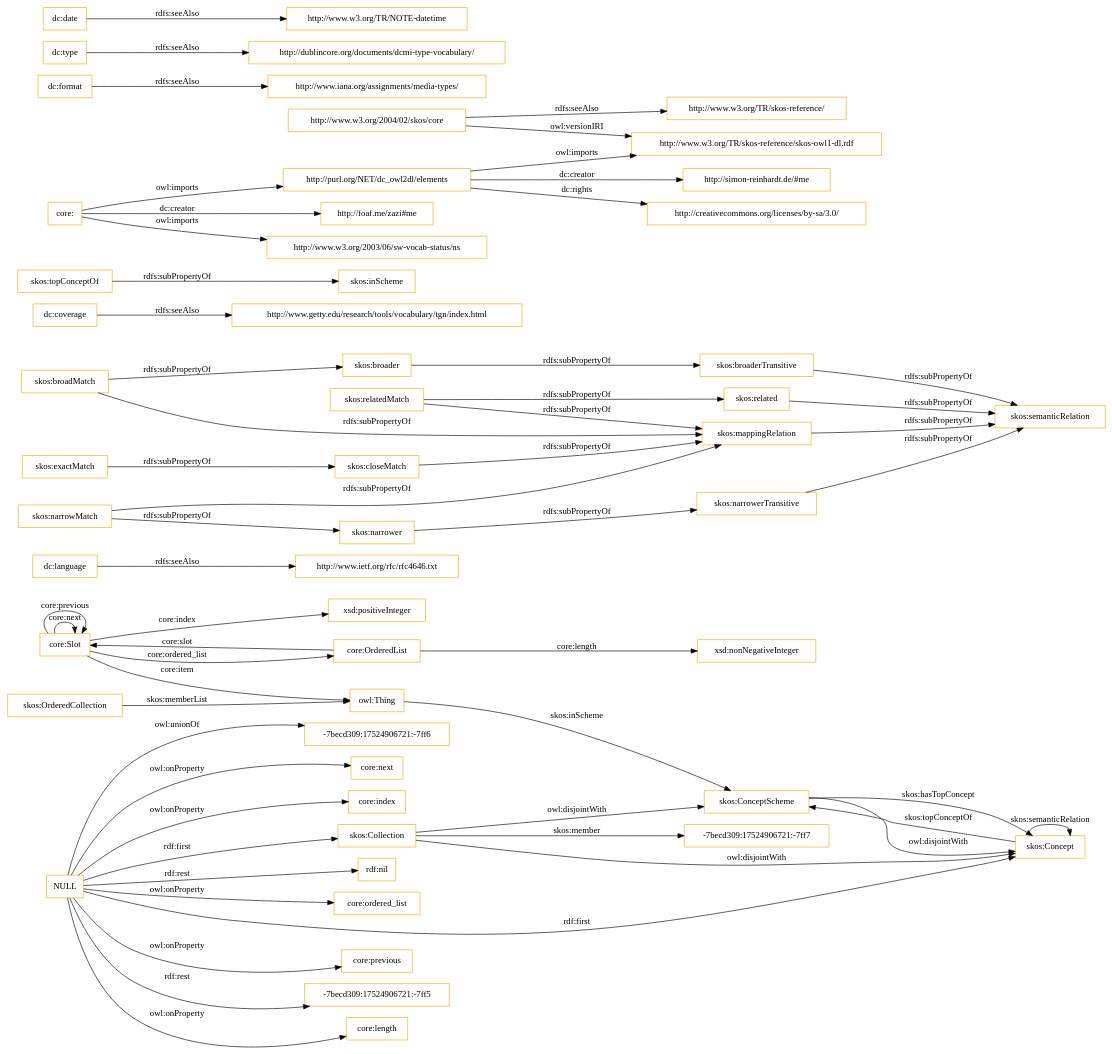
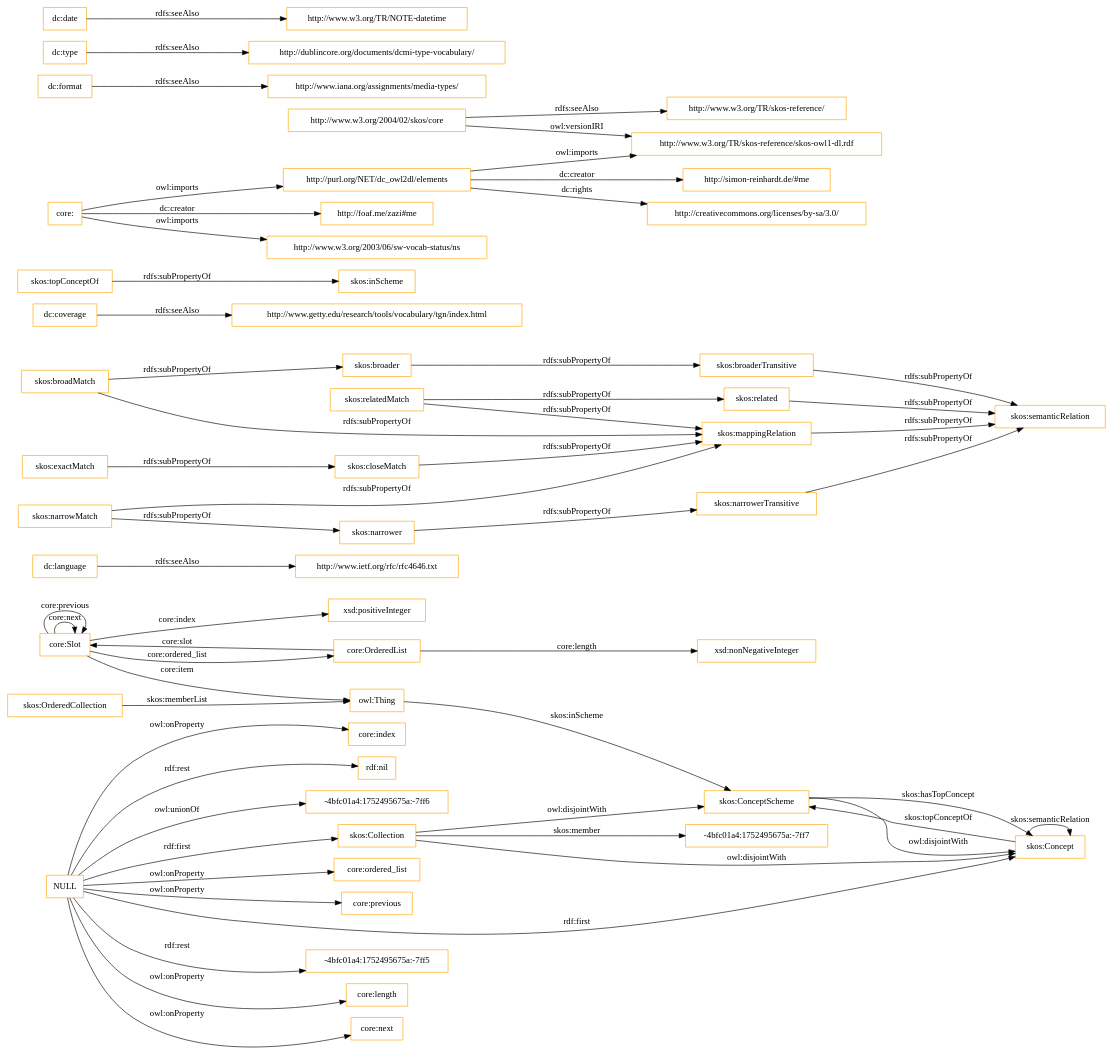
Before and after one commit to OnToologyUser/core-ontology-1: the diagram in OnToology/imports/core.owl/diagrams/ar2dtool-class/core.owl.png.dot, drawn with Graphviz. The commit also changed 14 other files, not shown here.

```diff
--- a/OnToology/imports/core.owl/diagrams/ar2dtool-class/core.owl.png.dot
+++ b/OnToology/imports/core.owl/diagrams/ar2dtool-class/core.owl.png.dot
@@ -1,60 +1,60 @@
 digraph ar2dtool_diagram { 
 rankdir=LR;
 size="1501"
-node [shape = rectangle, color="orange"]; "core:Slot" "core:OrderedList" "-7becd309:17524906721:-7ff7" "skos:OrderedCollection" "skos:Collection" "skos:ConceptScheme" "skos:Concept" ; /*classes style*/
+node [shape = rectangle, color="orange"]; "core:Slot" "core:OrderedList" "-4bfc01a4:1752495675a:-7ff7" "skos:OrderedCollection" "skos:Collection" "skos:ConceptScheme" "skos:Concept" ; /*classes style*/
 	"dc:language" -> "http://www.ietf.org/rfc/rfc4646.txt" [ label = "rdfs:seeAlso" ];
-	"NULL" -> "core:previous" [ label = "owl:onProperty" ];
-	"NULL" -> "-7becd309:17524906721:-7ff5" [ label = "rdf:rest" ];
+	"NULL" -> "-4bfc01a4:1752495675a:-7ff5" [ label = "rdf:rest" ];
 	"NULL" -> "core:length" [ label = "owl:onProperty" ];
-	"NULL" -> "-7becd309:17524906721:-7ff6" [ label = "owl:unionOf" ];
 	"NULL" -> "skos:Concept" [ label = "rdf:first" ];
 	"NULL" -> "core:next" [ label = "owl:onProperty" ];
 	"NULL" -> "core:index" [ label = "owl:onProperty" ];
 	"NULL" -> "rdf:nil" [ label = "rdf:rest" ];
+	"NULL" -> "-4bfc01a4:1752495675a:-7ff6" [ label = "owl:unionOf" ];
 	"NULL" -> "core:ordered_list" [ label = "owl:onProperty" ];
 	"NULL" -> "skos:Collection" [ label = "rdf:first" ];
+	"NULL" -> "core:previous" [ label = "owl:onProperty" ];
 	"skos:closeMatch" -> "skos:mappingRelation" [ label = "rdfs:subPropertyOf" ];
 	"dc:coverage" -> "http://www.getty.edu/research/tools/vocabulary/tgn/index.html" [ label = "rdfs:seeAlso" ];
 	"skos:relatedMatch" -> "skos:related" [ label = "rdfs:subPropertyOf" ];
 	"skos:relatedMatch" -> "skos:mappingRelation" [ label = "rdfs:subPropertyOf" ];
 	"skos:ConceptScheme" -> "skos:Concept" [ label = "owl:disjointWith" ];
 	"skos:related" -> "skos:semanticRelation" [ label = "rdfs:subPropertyOf" ];
 	"skos:topConceptOf" -> "skos:inScheme" [ label = "rdfs:subPropertyOf" ];
 	"skos:broadMatch" -> "skos:broader" [ label = "rdfs:subPropertyOf" ];
 	"skos:broadMatch" -> "skos:mappingRelation" [ label = "rdfs:subPropertyOf" ];
 	"http://purl.org/NET/dc_owl2dl/elements" -> "http://www.w3.org/TR/skos-reference/skos-owl1-dl.rdf" [ label = "owl:imports" ];
 	"http://purl.org/NET/dc_owl2dl/elements" -> "http://creativecommons.org/licenses/by-sa/3.0/" [ label = "dc:rights" ];
 	"http://purl.org/NET/dc_owl2dl/elements" -> "http://simon-reinhardt.de/#me" [ label = "dc:creator" ];
 	"skos:exactMatch" -> "skos:closeMatch" [ label = "rdfs:subPropertyOf" ];
 	"dc:format" -> "http://www.iana.org/assignments/media-types/" [ label = "rdfs:seeAlso" ];
 	"core:" -> "http://foaf.me/zazi#me" [ label = "dc:creator" ];
 	"core:" -> "http://www.w3.org/2003/06/sw-vocab-status/ns" [ label = "owl:imports" ];
 	"core:" -> "http://purl.org/NET/dc_owl2dl/elements" [ label = "owl:imports" ];
 	"skos:broaderTransitive" -> "skos:semanticRelation" [ label = "rdfs:subPropertyOf" ];
 	"skos:mappingRelation" -> "skos:semanticRelation" [ label = "rdfs:subPropertyOf" ];
 	"skos:broader" -> "skos:broaderTransitive" [ label = "rdfs:subPropertyOf" ];
 	"dc:type" -> "http://dublincore.org/documents/dcmi-type-vocabulary/" [ label = "rdfs:seeAlso" ];
 	"http://www.w3.org/2004/02/skos/core" -> "http://www.w3.org/TR/skos-reference/skos-owl1-dl.rdf" [ label = "owl:versionIRI" ];
 	"http://www.w3.org/2004/02/skos/core" -> "http://www.w3.org/TR/skos-reference/" [ label = "rdfs:seeAlso" ];
 	"skos:Collection" -> "skos:ConceptScheme" [ label = "owl:disjointWith" ];
 	"skos:Collection" -> "skos:Concept" [ label = "owl:disjointWith" ];
 	"skos:narrowMatch" -> "skos:narrower" [ label = "rdfs:subPropertyOf" ];
 	"skos:narrowMatch" -> "skos:mappingRelation" [ label = "rdfs:subPropertyOf" ];
 	"skos:narrower" -> "skos:narrowerTransitive" [ label = "rdfs:subPropertyOf" ];
 	"dc:date" -> "http://www.w3.org/TR/NOTE-datetime" [ label = "rdfs:seeAlso" ];
 	"skos:narrowerTransitive" -> "skos:semanticRelation" [ label = "rdfs:subPropertyOf" ];
 	"core:Slot" -> "xsd:positiveInteger" [ label = "core:index" ];
 	"skos:Concept" -> "skos:ConceptScheme" [ label = "skos:topConceptOf" ];
 	"core:Slot" -> "owl:Thing" [ label = "core:item" ];
 	"core:OrderedList" -> "xsd:nonNegativeInteger" [ label = "core:length" ];
 	"core:OrderedList" -> "core:Slot" [ label = "core:slot" ];
-	"skos:Collection" -> "-7becd309:17524906721:-7ff7" [ label = "skos:member" ];
+	"skos:Collection" -> "-4bfc01a4:1752495675a:-7ff7" [ label = "skos:member" ];
 	"core:Slot" -> "core:Slot" [ label = "core:next" ];
 	"skos:ConceptScheme" -> "skos:Concept" [ label = "skos:hasTopConcept" ];
 	"owl:Thing" -> "skos:ConceptScheme" [ label = "skos:inScheme" ];
 	"core:Slot" -> "core:Slot" [ label = "core:previous" ];
 	"skos:OrderedCollection" -> "owl:Thing" [ label = "skos:memberList" ];
 	"skos:Concept" -> "skos:Concept" [ label = "skos:semanticRelation" ];
 	"core:Slot" -> "core:OrderedList" [ label = "core:ordered_list" ];
 
 }
```
